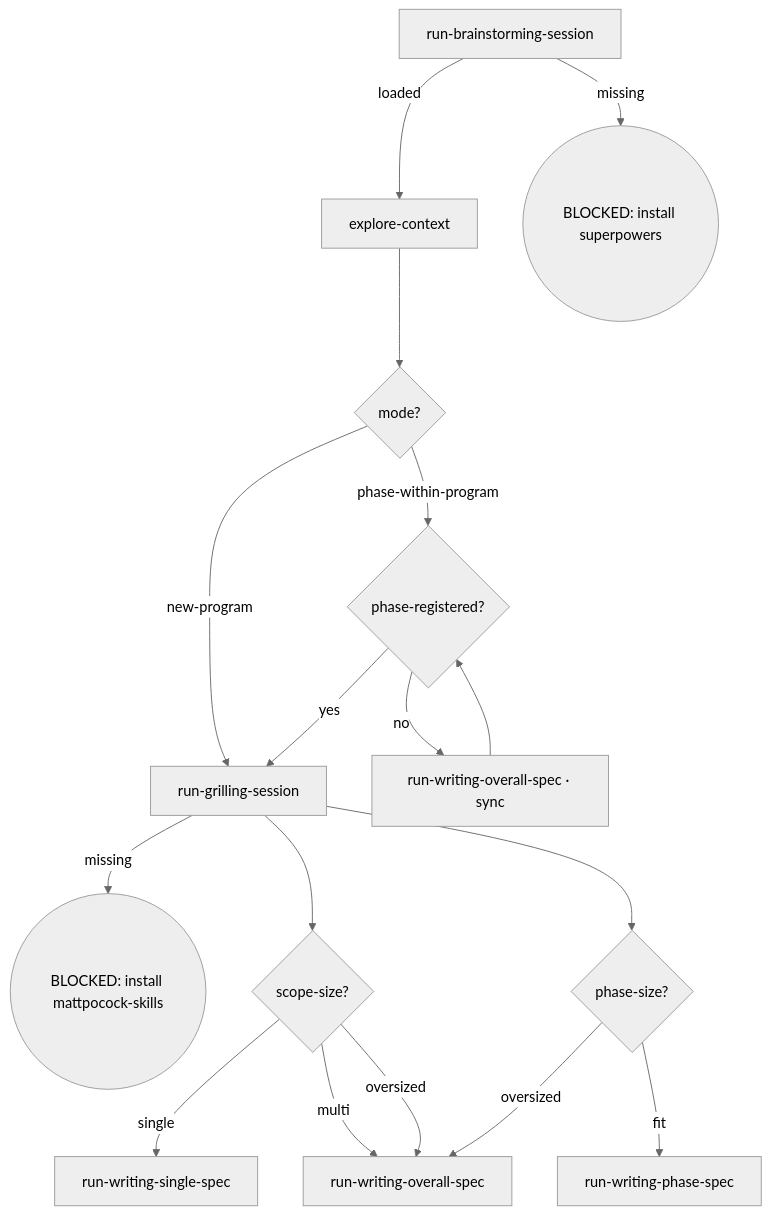
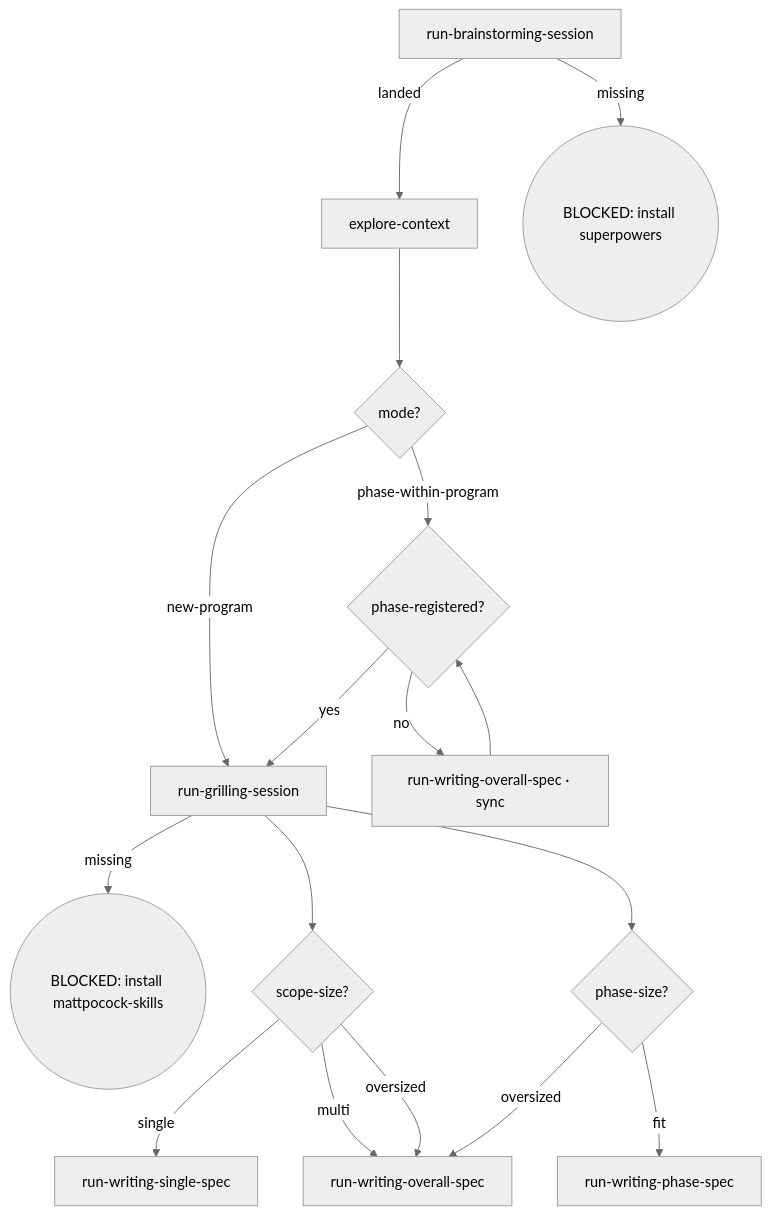
The diagram in packages/osuperpowers/skills/brainstorming/SKILL.md (Oscaner/skills), drawn with Mermaid (neutral theme) before and after one commit. The commit also changed other lines of this file and 5 other files, not shown here.

Commit message:
fix(osuperpowers): G1 fix-1 — landed entry-edge labels + brainstorming intro alignment + §7 legacy-handle note (Task 15 fix-1)

````diff
--- a/packages/osuperpowers/skills/brainstorming/SKILL.md
+++ b/packages/osuperpowers/skills/brainstorming/SKILL.md
@@ -12,19 +12,19 @@
 ```mermaid
 flowchart TD
-  A[run-brainstorming-session] -->|loaded| B[explore-context]
+  A[run-brainstorming-session] -->|landed| B[explore-context]
   A -->|missing| Z1((BLOCKED: install superpowers))
   B --> C{mode?}
   C -->|new-program| G[run-grilling-session]
   C -->|phase-within-program| P{phase-registered?}
   P -->|no| S[run-writing-overall-spec · sync]
   S --> P
   P -->|yes| G
   G -->|missing| Z2((BLOCKED: install mattpocock-skills))
   G --> D{scope-size?}
   D -->|single| H[run-writing-single-spec]
   D -->|multi| I[run-writing-overall-spec]
   D -->|oversized| I
   G --> F{phase-size?}
   F -->|fit| J[run-writing-phase-spec]
   F -->|oversized| I
 ```
````
